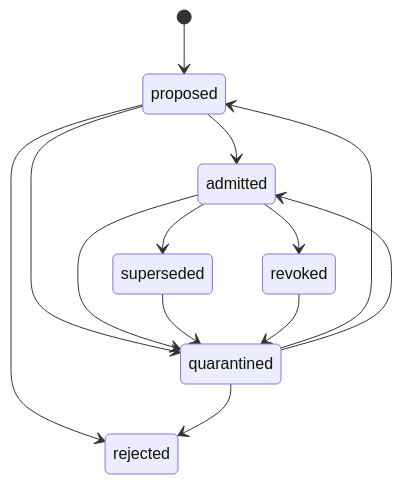
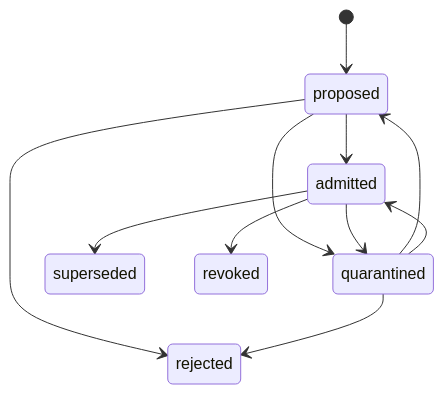
The diagram in docs/memory-quarantine-lifecycle.md (Blackleets/internet-brain-os), drawn with Mermaid before and after one commit. The commit also changed other lines of this file, not shown here.

````diff
--- a/docs/memory-quarantine-lifecycle.md
+++ b/docs/memory-quarantine-lifecycle.md
@@ -133,15 +160,13 @@
 ```mermaid
 stateDiagram-v2
     [*] --> proposed
     proposed --> admitted
     proposed --> quarantined
     proposed --> rejected
     quarantined --> proposed
     quarantined --> admitted
     quarantined --> rejected
     admitted --> quarantined
     admitted --> superseded
     admitted --> revoked
-    superseded --> quarantined
-    revoked --> quarantined
 ```
````
